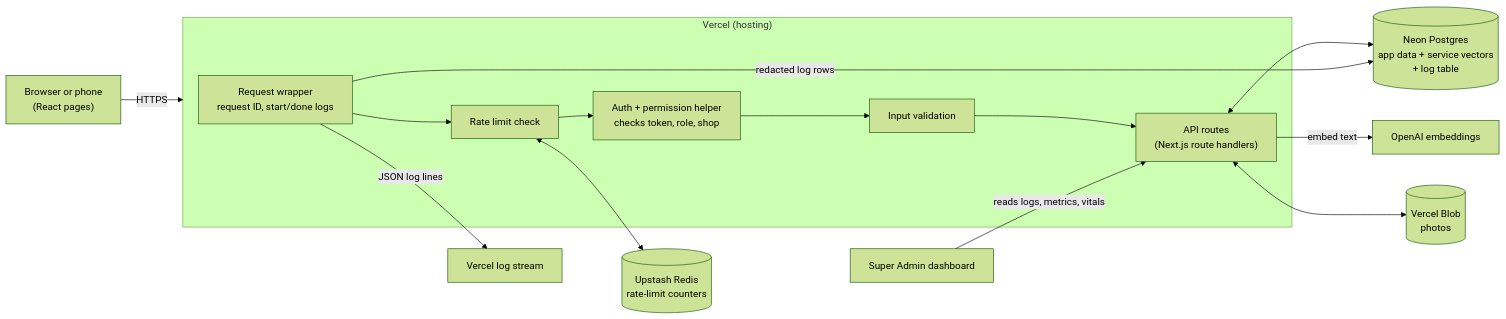
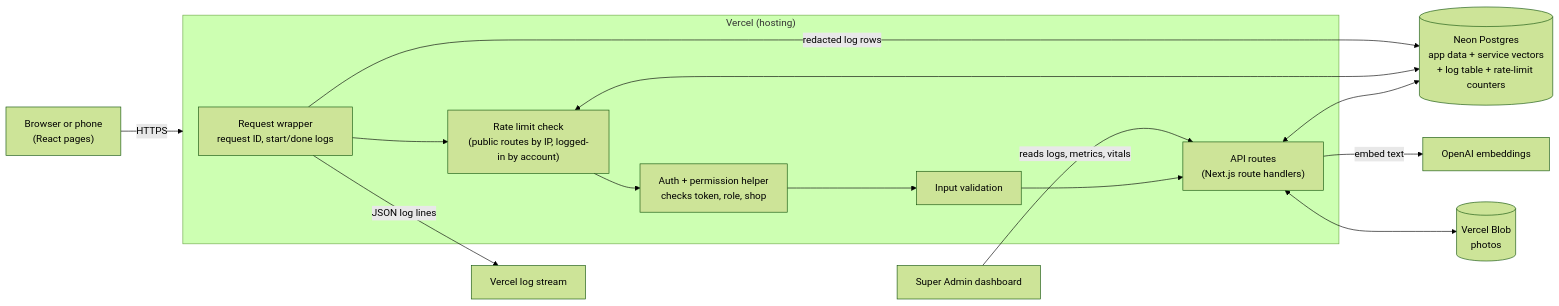
One commit to KingVictor501/mychair changed the first of 3 diagrams in docs/system-diagram.md. Above: the diagram before and after it, drawn with Mermaid (forest theme). The commit also changed other lines of this file and 5 other files, not shown here.

Commit message:
Update the decision document, diagram and data model to match what shipped, and rate-limit client booking

````diff
--- a/docs/system-diagram.md
+++ b/docs/system-diagram.md
@@ -5,19 +5,19 @@
 ```mermaid
 flowchart LR
     B["Browser or phone<br/>(React pages)"] -->|HTTPS| V
     subgraph V["Vercel (hosting)"]
         MW["Request wrapper<br/>request ID, start/done logs"]
-        RL["Rate limit check"]
+        RL["Rate limit check<br/>(public routes by IP, logged-in by account)"]
         API["API routes<br/>(Next.js route handlers)"]
         AUTH["Auth + permission helper<br/>checks token, role, shop"]
         VAL["Input validation"]
         MW --> RL --> AUTH --> VAL --> API
     end
-    RL <--> UP[("Upstash Redis<br/>rate-limit counters")]
-    API <--> DB[("Neon Postgres<br/>app data + service vectors<br/>+ log table")]
+    API <--> DB[("Neon Postgres<br/>app data + service vectors<br/>+ log table + rate-limit counters")]
+    RL <--> DB
     API -->|embed text| EMB["OpenAI embeddings"]
     API <--> BL[("Vercel Blob<br/>photos")]
     MW -->|"JSON log lines"| LOGS["Vercel log stream"]
     MW -->|"redacted log rows"| DB
     SA["Super Admin dashboard"] -->|reads logs, metrics, vitals| API
 ```
````
